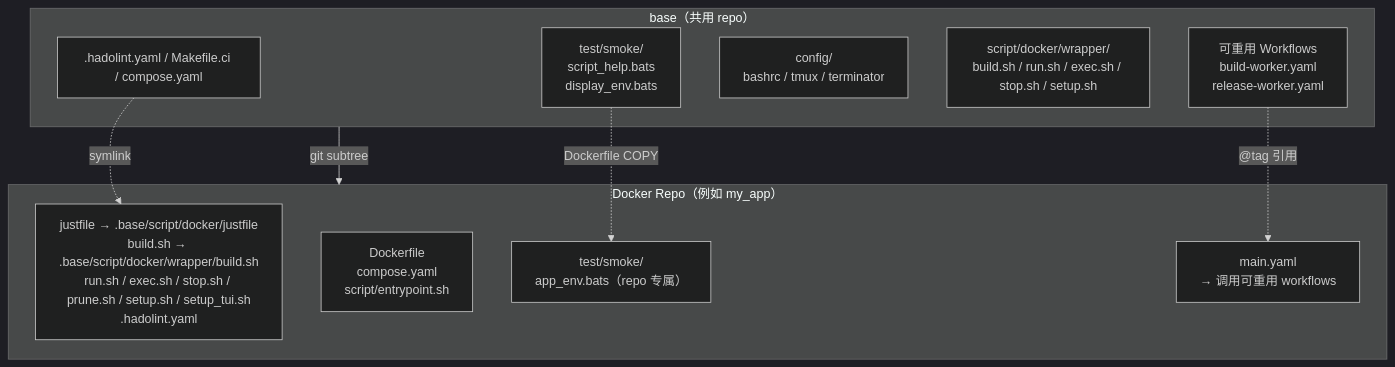
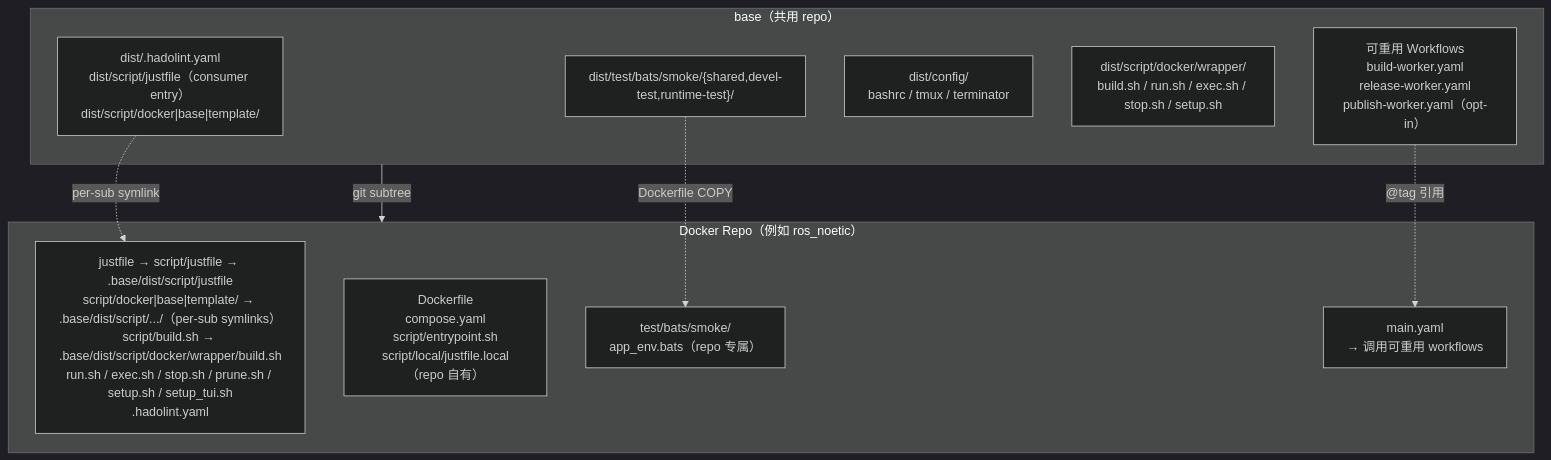
Before and after one commit to ycpss91255-lab/jetson_sdk_manager: the first of 2 diagrams in doc/readme/README.zh-CN.md, drawn with Mermaid (dark theme). The commit also changed other lines of this file and 1202 other files, not shown here.

````diff
--- a/doc/readme/README.zh-CN.md
+++ b/doc/readme/README.zh-CN.md
@@ -56,22 +94,22 @@
 ```mermaid
 graph TB
     subgraph base["base（共用 repo）"]
-        scripts[".hadolint.yaml / Makefile.ci / compose.yaml"]
-        smoke["test/smoke/<br/>script_help.bats<br/>display_env.bats"]
-        config["config/<br/>bashrc / tmux / terminator"]
-        mgmt["script/docker/wrapper/<br/>build.sh / run.sh / exec.sh / stop.sh / setup.sh"]
-        workflows["可重用 Workflows<br/>build-worker.yaml<br/>release-worker.yaml"]
+        scripts["dist/.hadolint.yaml<br/>dist/script/justfile（consumer entry）<br/>dist/script/docker|base|template/"]
+        smoke["dist/test/bats/smoke/{shared,devel-test,runtime-test}/"]
+        config["dist/config/<br/>bashrc / tmux / terminator"]
+        mgmt["dist/script/docker/wrapper/<br/>build.sh / run.sh / exec.sh / stop.sh / setup.sh"]
+        workflows["可重用 Workflows<br/>build-worker.yaml<br/>release-worker.yaml<br/>publish-worker.yaml（opt-in）"]
     end
 
-    subgraph consumer["Docker Repo（例如 my_app）"]
-        symlinks["justfile → .base/script/docker/justfile<br/>build.sh → .base/script/docker/wrapper/build.sh<br/>run.sh / exec.sh / stop.sh / prune.sh / setup.sh / setup_tui.sh<br/>.hadolint.yaml"]
-        dockerfile["Dockerfile<br/>compose.yaml<br/>script/entrypoint.sh"]
-        repo_test["test/smoke/<br/>app_env.bats（repo 专属）"]
+    subgraph consumer["Docker Repo（例如 ros_noetic）"]
+        symlinks["justfile → script/justfile → .base/dist/script/justfile<br/>script/docker|base|template/ → .base/dist/script/.../（per-sub symlinks）<br/>script/build.sh → .base/dist/script/docker/wrapper/build.sh<br/>run.sh / exec.sh / stop.sh / prune.sh / setup.sh / setup_tui.sh<br/>.hadolint.yaml"]
+        dockerfile["Dockerfile<br/>compose.yaml<br/>script/entrypoint.sh<br/>script/local/justfile.local（repo 自有）"]
+        repo_test["test/bats/smoke/<br/>app_env.bats（repo 专属）"]
         main_yaml["main.yaml<br/>→ 调用可重用 workflows"]
     end
 
     base -- "git subtree" --> consumer
-    scripts -. "symlink" .-> symlinks
+    scripts -. "per-sub symlink" .-> symlinks
     smoke -. "Dockerfile COPY" .-> repo_test
     workflows -. "@tag 引用" .-> main_yaml
 ```
````
